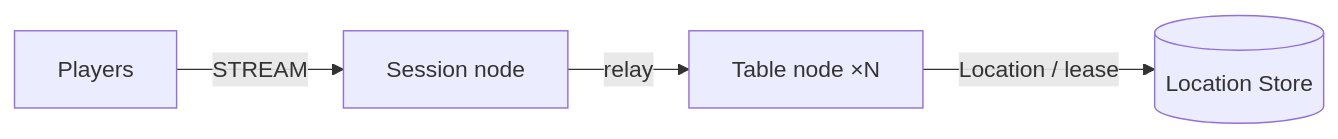
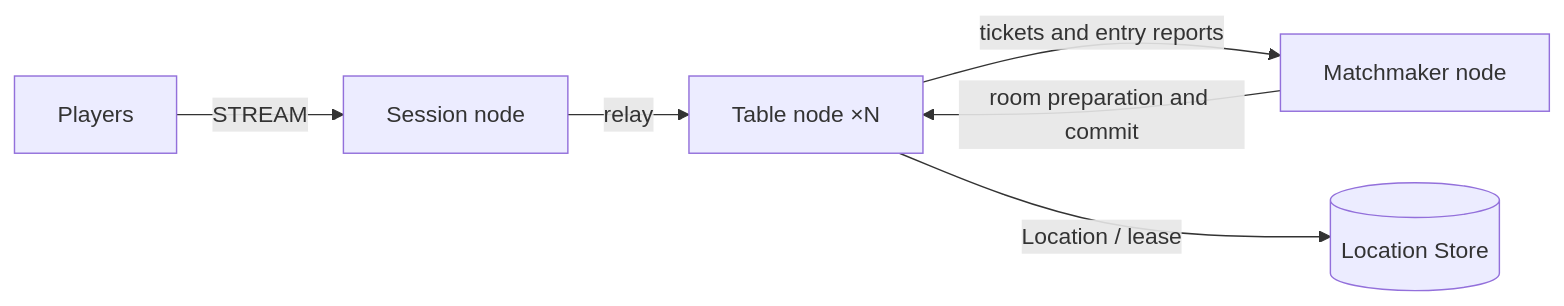
One commit to zlink-systems/zlink changed the diagram in framework/languages/dotnet/templates/board-tables/my-game/README.md. Above: the diagram before and after it, drawn with Mermaid. The commit also changed other lines of this file and 39 other files, not shown here.

````diff
--- a/framework/languages/dotnet/templates/board-tables/my-game/README.md
+++ b/framework/languages/dotnet/templates/board-tables/my-game/README.md
@@ -5,6 +7,8 @@
 ```mermaid
 flowchart LR
     players[Players] -->|STREAM| session[Session node]
     session -->|relay| tables[Table node ×N]
+    tables -->|tickets and entry reports| matchmaker[Matchmaker node]
+    matchmaker -->|room preparation and commit| tables
     tables -->|Location / lease| location[(Location Store)]
 ```
````
